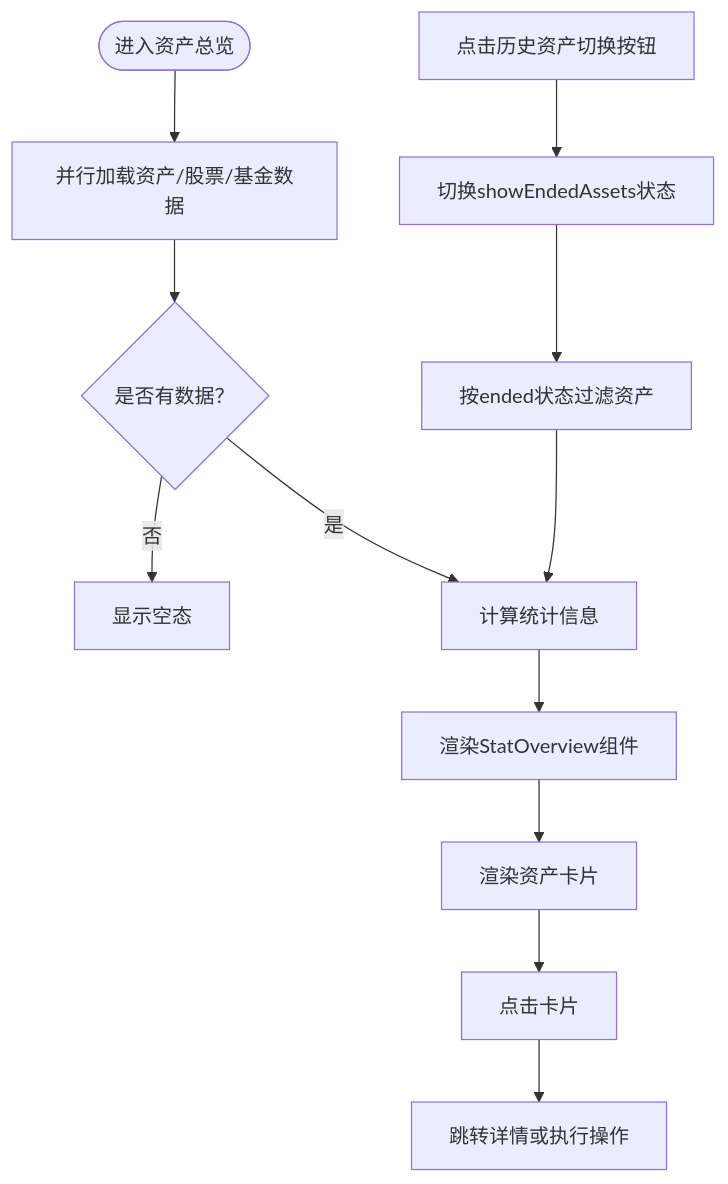
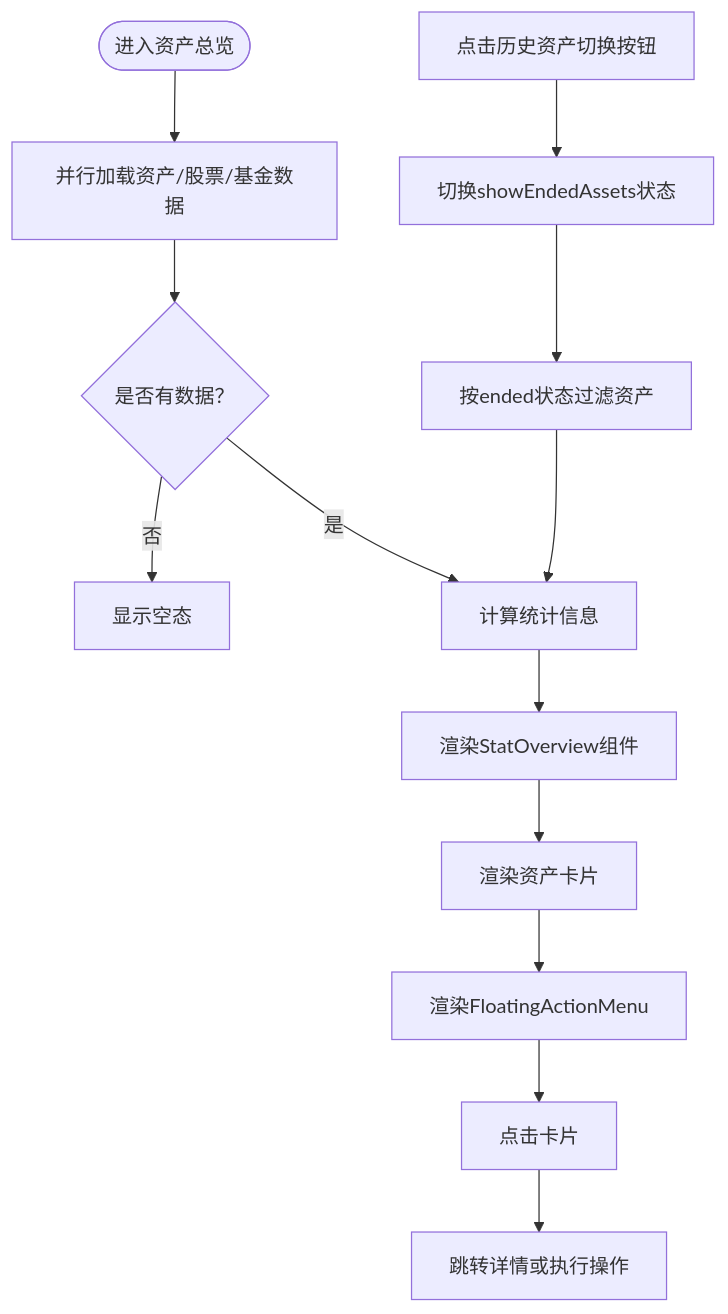
The third of 14 diagrams in .qoder/repowiki/zh/content/资产管理/资产管理.md (xiao-lin-unit/yuan), drawn with Mermaid before and after one commit. The commit also changed other lines of this file and 13 other files, not shown here.

````diff
--- a/.qoder/repowiki/zh/content/资产管理/资产管理.md
+++ b/.qoder/repowiki/zh/content/资产管理/资产管理.md
@@ -223,14 +220,15 @@
 ```mermaid
 flowchart TD
 Start(["进入资产总览"]) --> Load["并行加载资产/股票/基金数据"]
 Load --> HasData{"是否有数据？"}
 HasData -- 否 --> Empty["显示空态"]
 HasData -- 是 --> CalcStats["计算统计信息"]
 CalcStats --> RenderStats["渲染StatOverview组件"]
 RenderStats --> RenderCards["渲染资产卡片"]
-RenderCards --> Click["点击卡片"]
+RenderCards --> RenderFAM["渲染FloatingActionMenu"]
+RenderFAM --> Click["点击卡片"]
 Click --> Detail["跳转详情或执行操作"]
 Toggle["点击历史资产切换按钮"] --> ToggleState["切换showEndedAssets状态"]
 ToggleState --> Filter["按ended状态过滤资产"]
 Filter --> CalcStats
 ```
````
